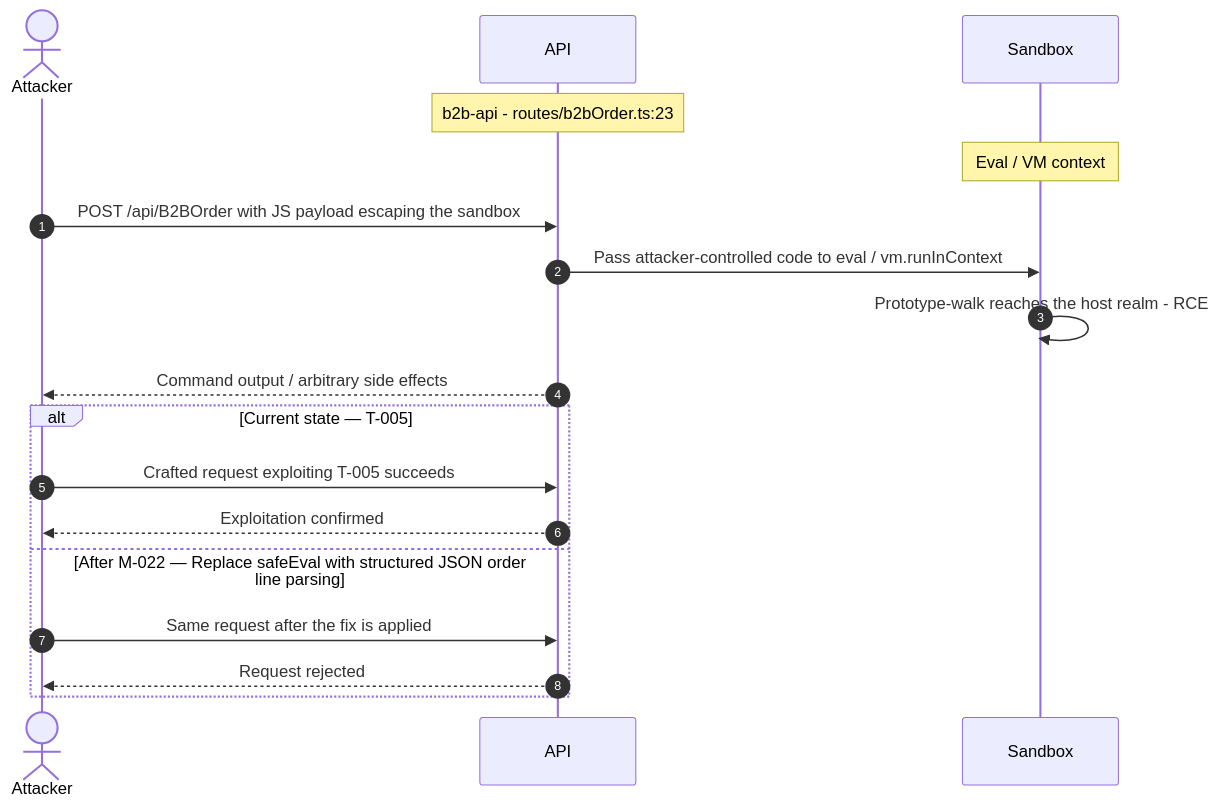
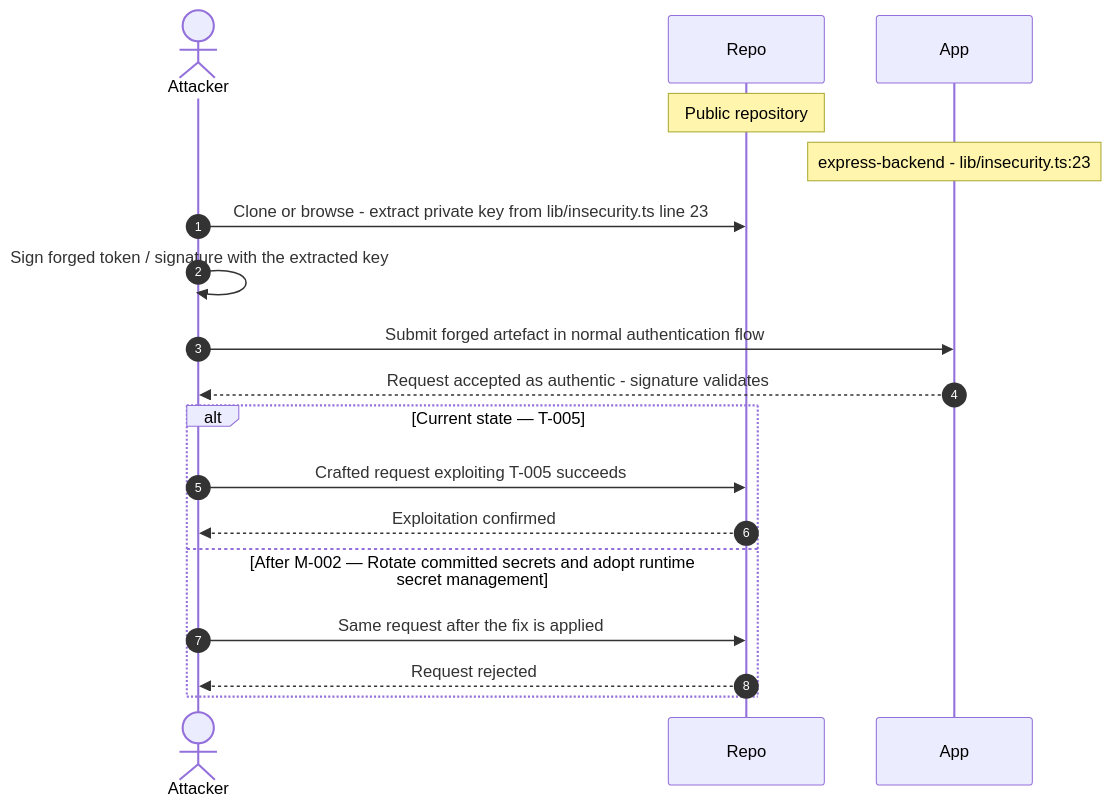
One commit to appsec-foundry/appsec-advisor changed diagram 12 of 18 in examples/threat-modeler/threat-model-juice-shop-standard.md. Above: the diagram before and after it, drawn with Mermaid. The commit also changed other lines of this file and 44 other files, not shown here.

````diff
--- a/examples/threat-modeler/threat-model-juice-shop-standard.md
+++ b/examples/threat-modeler/threat-model-juice-shop-standard.md
@@ -677,20 +664,20 @@
 ```mermaid
 sequenceDiagram
     autonumber
     actor Attacker
-    participant API
-    participant Sandbox
-    Note over API: b2b-api - routes/b2bOrder.ts:23
-    Note over Sandbox: Eval / VM context
-    Attacker->>API: POST /api/B2BOrder with JS payload escaping the sandbox
-    API->>Sandbox: Pass attacker-controlled code to eval / vm.runInContext
-    Sandbox->>Sandbox: Prototype-walk reaches the host realm - RCE
-    API-->>Attacker: Command output / arbitrary side effects
+    participant Repo
+    participant App
+    Note over Repo: Public repository
+    Note over App: express-backend - lib/insecurity.ts:23
+    Attacker->>Repo: Clone or browse - extract private key from lib/insecurity.ts line 23
+    Attacker->>Attacker: Sign forged token / signature with the extracted key
+    Attacker->>App: Submit forged artefact in normal authentication flow
+    App-->>Attacker: Request accepted as authentic - signature validates
     alt Current state — T-005
-        Attacker->>API: Crafted request exploiting T-005 succeeds
-        API-->>Attacker: Exploitation confirmed
-    else After M-022 — Replace safeEval with structured JSON order line parsing
-        Attacker->>API: Same request after the fix is applied
-        API-->>Attacker: Request rejected
+        Attacker->>Repo: Crafted request exploiting T-005 succeeds
+        Repo-->>Attacker: Exploitation confirmed
+    else After M-002 — Rotate committed secrets and adopt runtime secret management
+        Attacker->>Repo: Same request after the fix is applied
+        Repo-->>Attacker: Request rejected
     end
 ```
````
